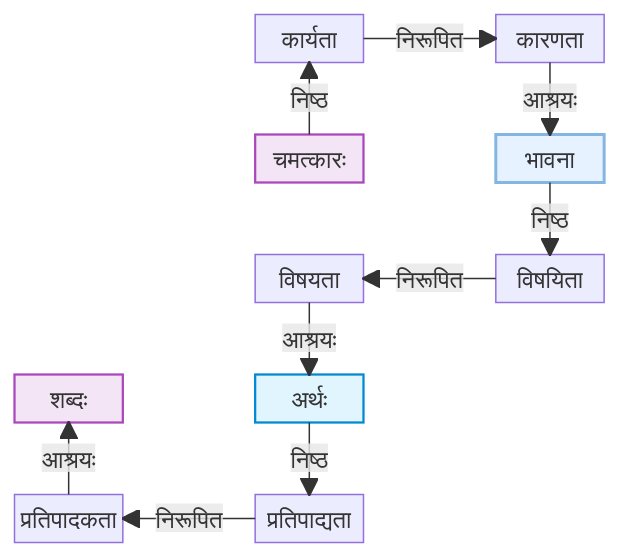
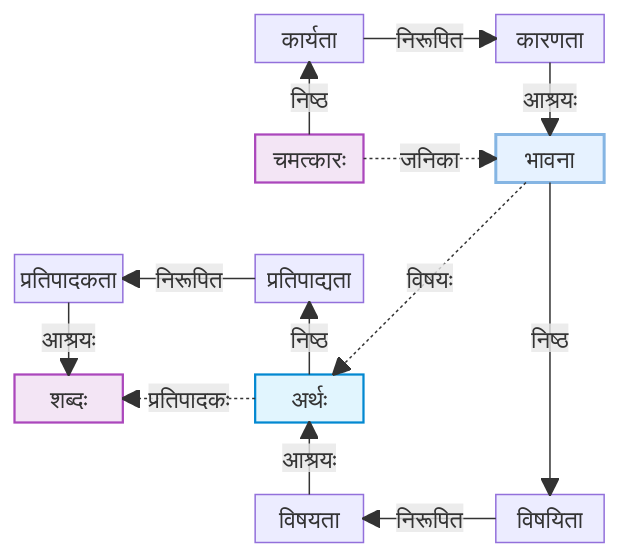
One commit to vagvibha/sahitya changed the second of 3 diagrams in shastra/texts/rgd/01/rgd1-02.md. Above: the diagram before and after it, drawn with Mermaid. The commit also changed other lines of this file, not shown here.

````diff
--- a/shastra/texts/rgd/01/rgd1-02.md
+++ b/shastra/texts/rgd/01/rgd1-02.md
@@ -177,34 +183,39 @@
 ```mermaid
 block-beta
     columns 5
     
     space:2 r23["कार्यता"] space r24["कारणता"]
     space:5
     space:2 r31["चमत्कारः"] space r34["भावना"]
     space:5
-    space:2 r42["विषयता"] space r44["विषयिता"]
+    r61["प्रतिपादकता"] space r62["प्रतिपाद्यता"] space:2
     space:5
     r51["शब्दः"] space r52["अर्थः"] space:2
     space:5
-    r61["प्रतिपादकता"] space r62["प्रतिपाद्यता"]
+    space:2 r42["विषयता"] space r44["विषयिता"]
     
 
     r31-- "निष्ठ" -->r23
     r23-- "निरूपित" --> r24
     r24-- "आश्रयः" --> r34
     r34-- "निष्ठ" -->r44
     r44-- "निरूपित" --> r42
     r42-- "आश्रयः" --> r52
     r52-- "निष्ठ" -->r62
     r62-- "निरूपित" --> r61
     r61-- "आश्रयः" --> r51
+
+    r31-. "जनिका" .->r34
+    r34-. "विषयः" .-> r52
+    r52-. "प्रतिपादकः" .-> r51
+
     %%b2 -.- m3
 
     style r31 fill:#f3e5f5,stroke:#ab47bc,stroke-width:1.5px
     style r51 fill:#f3e5f5,stroke:#ab47bc,stroke-width:1.5px
     style r34 fill:#e6f2ff,stroke:#85b5e3,stroke-width:2px
     %%style r51 fill:#f3e5f5,stroke:#ab47bc,stroke-width:1.5px
     %%style r34 fill:#e1f5fe,stroke:#0288d1,stroke-width:1.5px
     style r52 fill:#e1f5fe,stroke:#0288d1,stroke-width:1.5px
     %%style r52 fill:#e8f5e9,stroke:#2e7d32,stroke-width:1.5px
 ```
````
